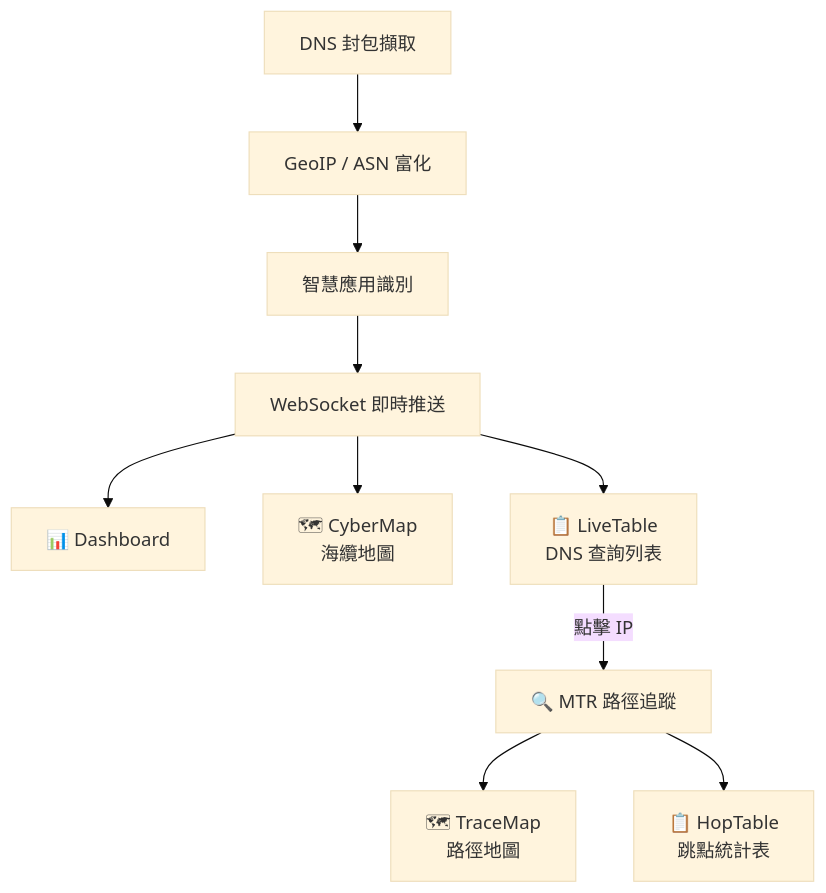
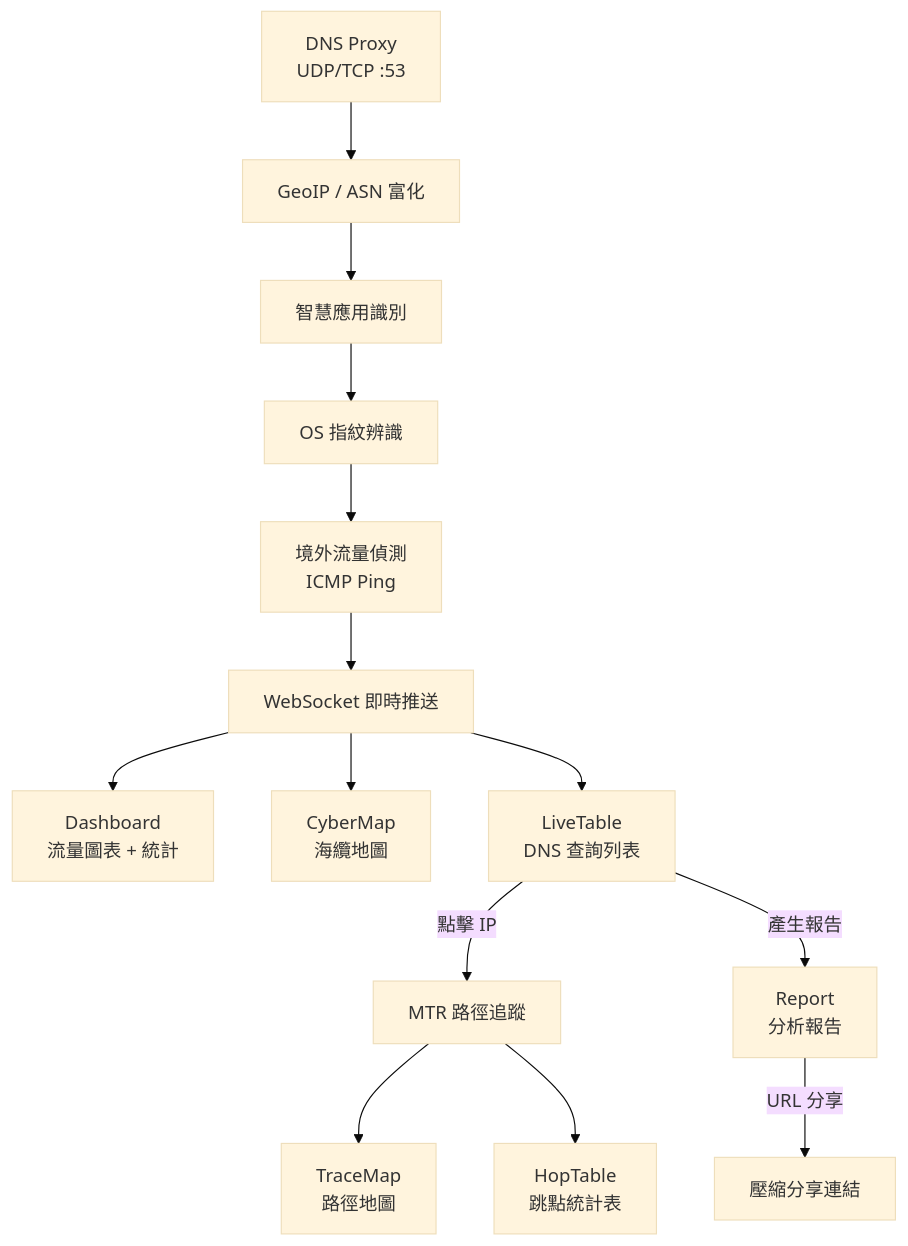
Before and after one commit to zeroflare/ocf-srrt: the diagram in doc/01_introduction_and_goals.md, drawn with Mermaid (base theme). The commit also changed other lines of this file and 46 other files, not shown here.

````diff
--- a/doc/01_introduction_and_goals.md
+++ b/doc/01_introduction_and_goals.md
@@ -14,12 +18,16 @@
 ```mermaid
 graph TB
-    DNS["DNS 封包擷取"] --> Enrich["GeoIP / ASN 富化"]
+    DNS["DNS Proxy<br/>UDP/TCP :53"] --> Enrich["GeoIP / ASN 富化"]
     Enrich --> Recog["智慧應用識別"]
-    Recog --> Stream["WebSocket 即時推送"]
-    Stream --> Dashboard["📊 Dashboard"]
-    Stream --> CyberMap["🗺 CyberMap<br/>海纜地圖"]
-    Stream --> LiveTable["📋 LiveTable<br/>DNS 查詢列表"]
-    LiveTable -->|"點擊 IP"| MTR["🔍 MTR 路徑追蹤"]
-    MTR --> TraceMap["🗺 TraceMap<br/>路徑地圖"]
-    MTR --> HopTable["📋 HopTable<br/>跳點統計表"]
+    Recog --> OS["OS 指紋辨識"]
+    OS --> Probe["境外流量偵測<br/>ICMP Ping"]
+    Probe --> Stream["WebSocket 即時推送"]
+    Stream --> Dashboard["Dashboard<br/>流量圖表 + 統計"]
+    Stream --> CyberMap["CyberMap<br/>海纜地圖"]
+    Stream --> LiveTable["LiveTable<br/>DNS 查詢列表"]
+    LiveTable -->|"點擊 IP"| MTR["MTR 路徑追蹤"]
+    MTR --> TraceMap["TraceMap<br/>路徑地圖"]
+    MTR --> HopTable["HopTable<br/>跳點統計表"]
+    LiveTable -->|"產生報告"| Report["Report<br/>分析報告"]
+    Report -->|"URL 分享"| Share["壓縮分享連結"]
 ```
````
